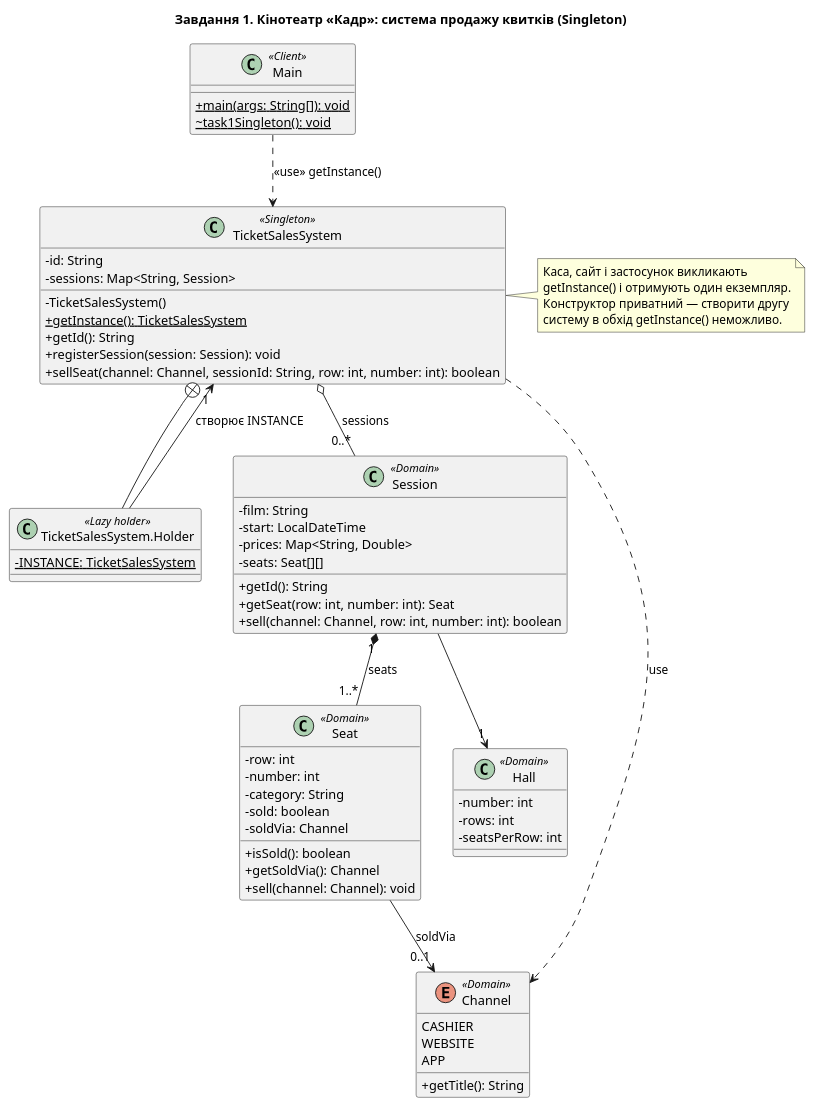
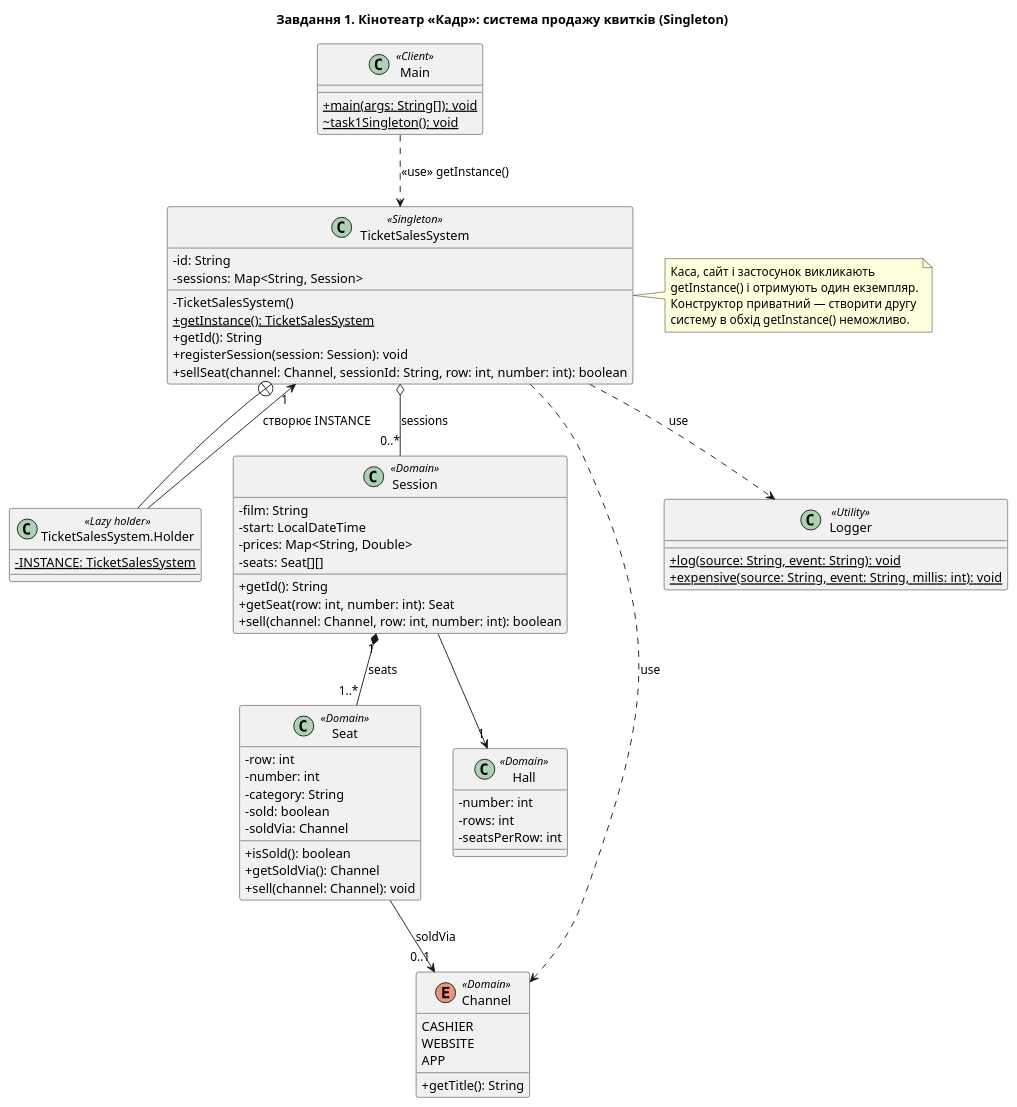
One commit to anazegra3-ux/lab9_cinema changed the diagram in docs/diagrams/task1_singleton.puml. Above: the diagram before and after it, drawn with PlantUML. The commit also changed 1 other file, not shown here.

Commit message:
diagram Singleton.png after review

```diff
--- a/docs/diagrams/task1_singleton.puml
+++ b/docs/diagrams/task1_singleton.puml
@@ -1,74 +1,80 @@
 @startuml task1_singleton
 title Завдання 1. Кінотеатр «Кадр»: система продажу квитків (Singleton)
 skinparam classAttributeIconSize 0
 skinparam shadowing false
 
 class Main <<Client>> {
   + {static} main(args: String[]): void
   ~ {static} task1Singleton(): void
 }
 
 class TicketSalesSystem <<Singleton>> {
   - id: String
   - sessions: Map<String, Session>
   - TicketSalesSystem()
   + {static} getInstance(): TicketSalesSystem
   + getId(): String
   + registerSession(session: Session): void
   + sellSeat(channel: Channel, sessionId: String, row: int, number: int): boolean
 }
 
 class "TicketSalesSystem.Holder" as Holder <<Lazy holder>> {
   - {static} INSTANCE: TicketSalesSystem
 }
 
 class Session <<Domain>> {
   - film: String
   - start: LocalDateTime
   - prices: Map<String, Double>
   - seats: Seat[][]
   + getId(): String
   + getSeat(row: int, number: int): Seat
   + sell(channel: Channel, row: int, number: int): boolean
 }
 
 class Seat <<Domain>> {
   - row: int
   - number: int
   - category: String
   - sold: boolean
   - soldVia: Channel
   + isSold(): boolean
   + getSoldVia(): Channel
   + sell(channel: Channel): void
 }
 
 enum Channel <<Domain>> {
   CASHIER
   WEBSITE
   APP
   + getTitle(): String
 }
 
 class Hall <<Domain>> {
   - number: int
   - rows: int
   - seatsPerRow: int
 }
 
+class Logger <<Utility>> {
+  + {static} log(source: String, event: String): void
+  + {static} expensive(source: String, event: String, millis: int): void
+}
+
 note right of TicketSalesSystem
   Каса, сайт і застосунок викликають
   getInstance() і отримують один екземпляр.
   Конструктор приватний — створити другу
   систему в обхід getInstance() неможливо.
 end note
 
 Main ..> TicketSalesSystem : «use» getInstance()
 Holder --> "1" TicketSalesSystem : створює INSTANCE
 TicketSalesSystem +-- Holder
 TicketSalesSystem o-- "0..*" Session : sessions
 Session "1" *-- "1..*" Seat : seats
 Session --> "1" Hall
 Seat --> "0..1" Channel : soldVia
 TicketSalesSystem ..> Channel : «use»
+TicketSalesSystem ..> Logger : «use»
 @enduml
```
